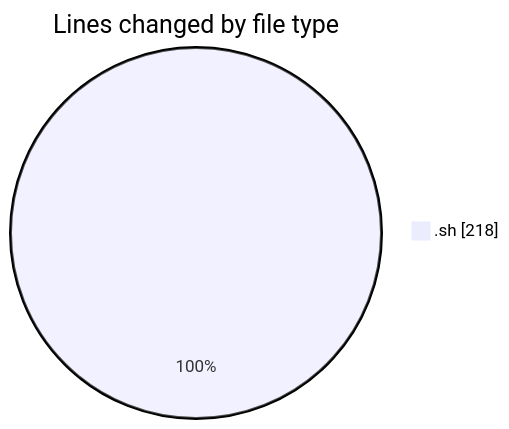
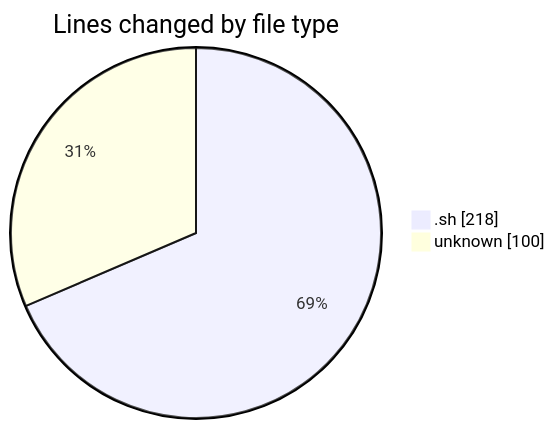
The first of 2 diagrams in 2026-03-30/scripts/README.md (ricardozamudiocil/code-tracking), drawn with Mermaid before and after one commit. The commit also changed other lines of this file and 1 other file, not shown here.

````diff
--- a/2026-03-30/scripts/README.md
+++ b/2026-03-30/scripts/README.md
@@ -22,5 +23,6 @@
 ```mermaid
 pie showData
 title Lines changed by file type
 ".sh" : 218
+"unknown" : 100
 ```
````
